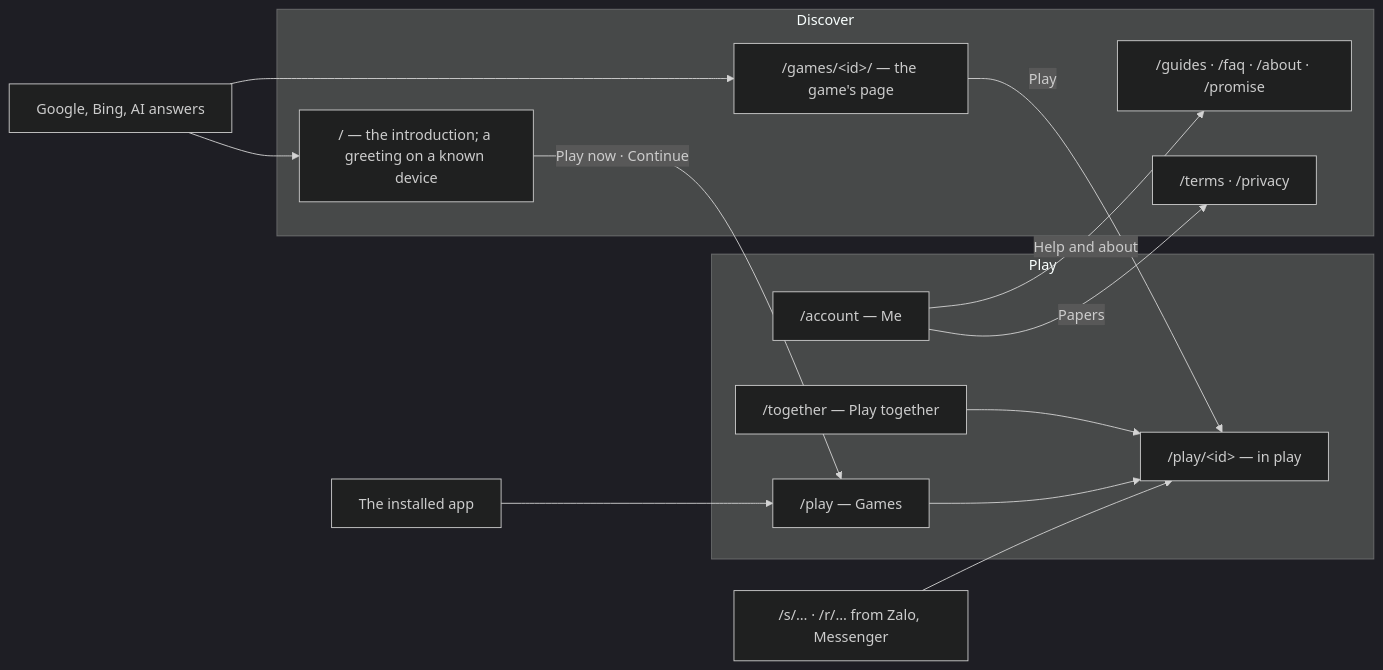
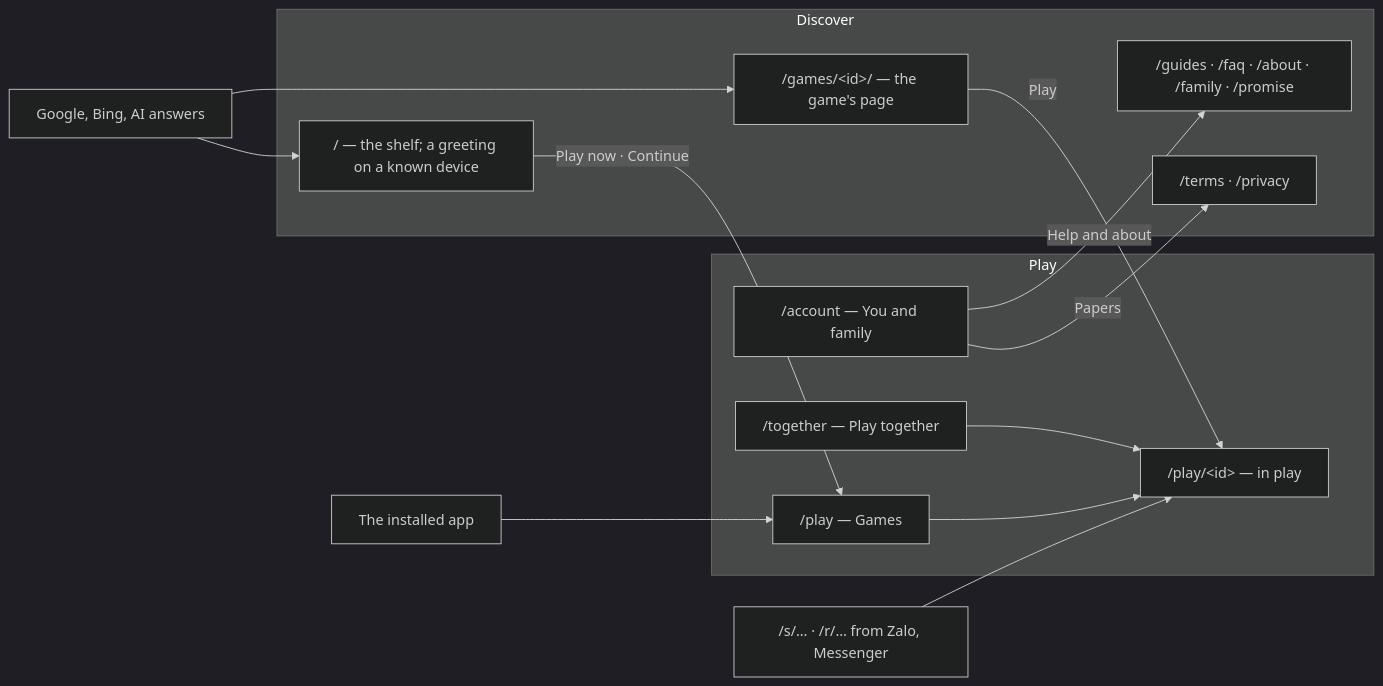
The second of 3 diagrams in docs/architecture/surfaces.md (vinh466/tohe-play), drawn with Mermaid (dark theme) before and after one commit. The commit also changed other lines of this file and 34 other files, not shown here.

````diff
--- a/docs/architecture/surfaces.md
+++ b/docs/architecture/surfaces.md
@@ -51,24 +52,24 @@
 ```mermaid
 flowchart LR
   search[Google, Bing, AI answers] --> home & gp
   pwa[The installed app] --> games
   link["/s/… · /r/… from Zalo, Messenger"] --> playg
   subgraph K[Discover]
-    home["/ — the introduction; a greeting on a known device"]
+    home["/ — the shelf; a greeting on a known device"]
     gp["/games/&lt;id&gt;/ — the game's page"]
-    help["/guides · /faq · /about · /promise"]
+    help["/guides · /faq · /about · /family · /promise"]
     legal["/terms · /privacy"]
   end
   subgraph C[Play]
     games["/play — Games"]
     together["/together — Play together"]
-    me["/account — Me"]
+    me["/account — You and family"]
     playg["/play/&lt;id&gt; — in play"]
   end
   home -- "Play now · Continue" --> games
   gp -- Play --> playg
   games --> playg
   together --> playg
   me -- "Help and about" --> help
   me -- Papers --> legal
 ```
````
